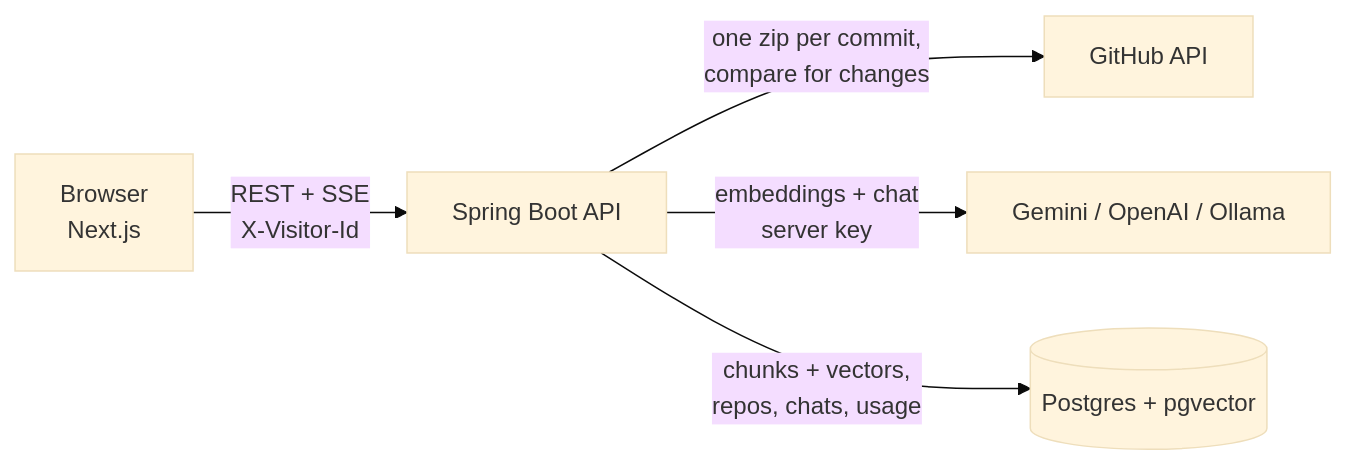
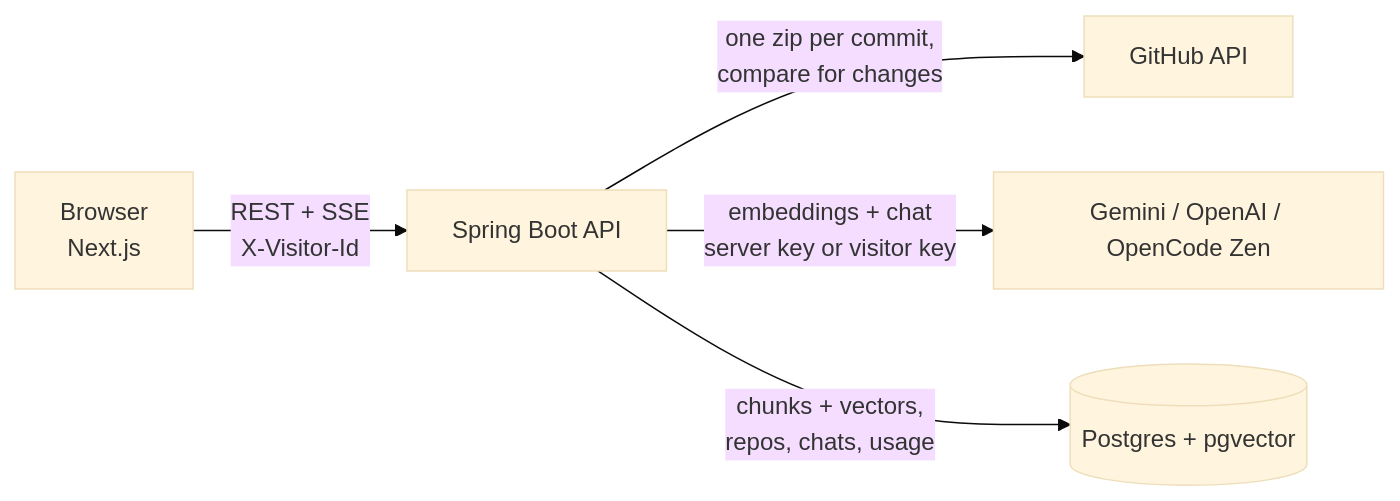
Before and after one commit to Darshan-dev57/devPilot: the diagram in README.md, drawn with Mermaid (base theme). The commit also changed other lines of this file and 2 other files, not shown here.

Commit message:
Document the optional own key and OpenCode Zen's free tier rule

````diff
--- a/README.md
+++ b/README.md
@@ -83,7 +88,7 @@
 ```mermaid
 flowchart LR
   B[Browser<br/>Next.js] -- REST + SSE<br/>X-Visitor-Id --> API[Spring Boot API]
   API -- one zip per commit,<br/>compare for changes --> GH[GitHub API]
-  API -- embeddings + chat<br/>server key --> AI[Gemini / OpenAI / Ollama]
+  API -- embeddings + chat<br/>server key or visitor key --> AI[Gemini / OpenAI / OpenCode Zen]
   API -- chunks + vectors,<br/>repos, chats, usage --> PG[(Postgres + pgvector)]
 ```
````
